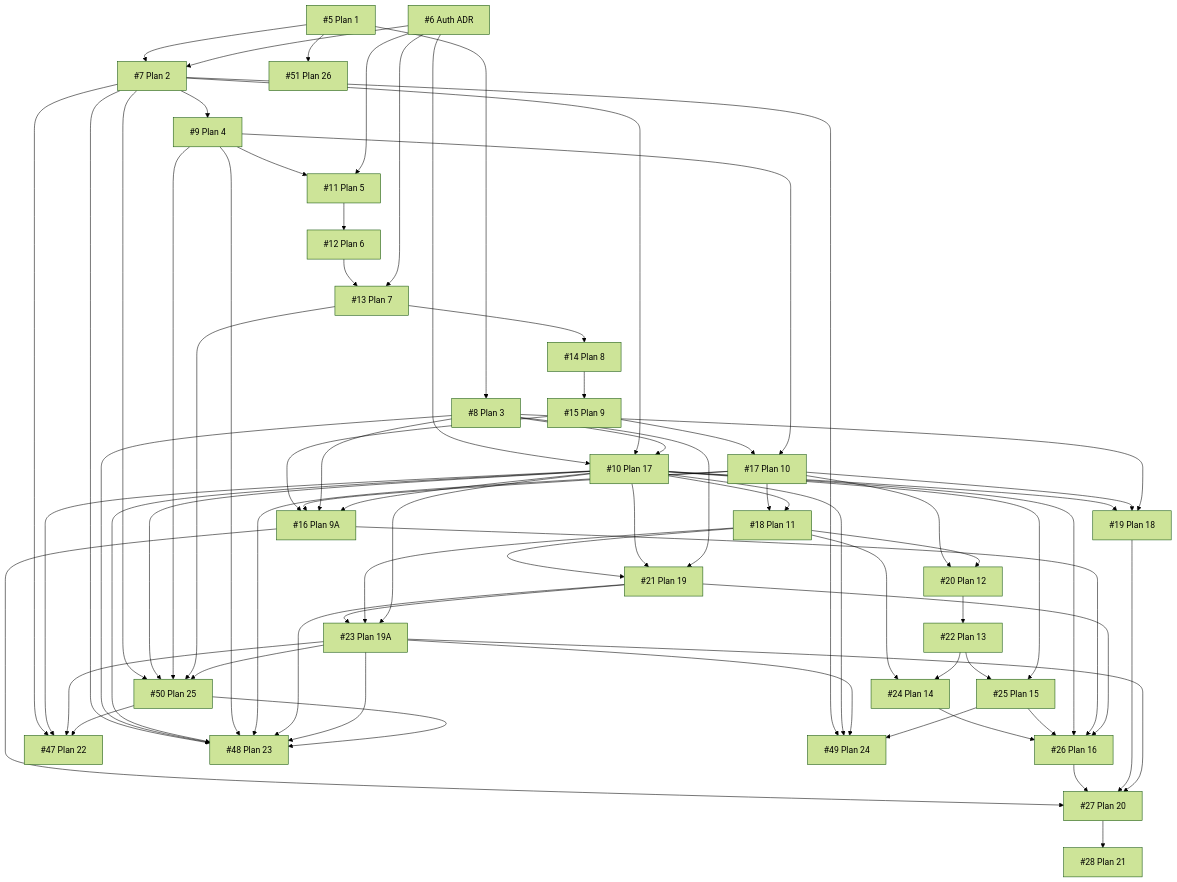
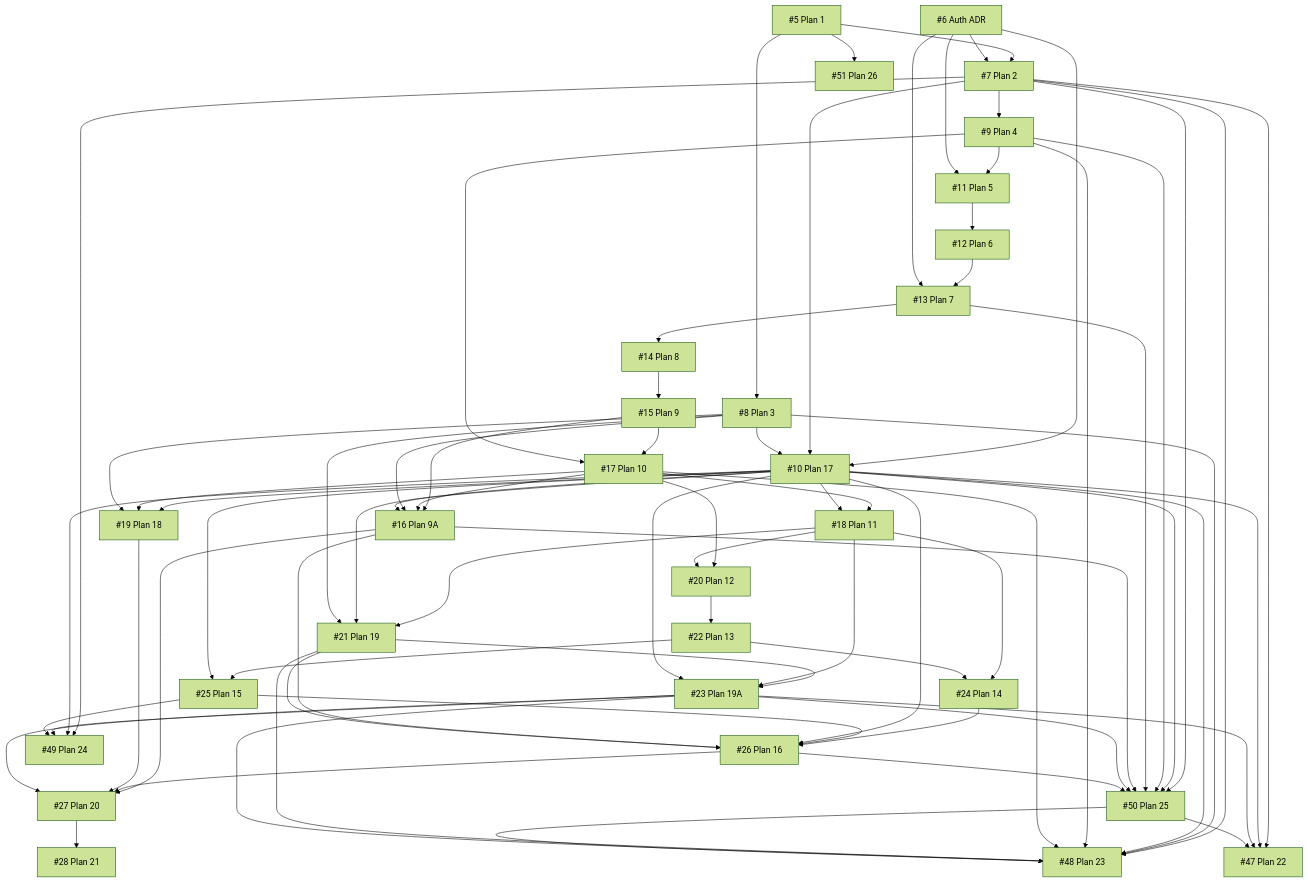
The diagram in docs/INITIAL_ISSUES.md (TomokiAkiyama06/server-sentinel), drawn with Mermaid (forest theme) before and after one commit. The commit also changed other lines of this file, not shown here.

````diff
--- a/docs/INITIAL_ISSUES.md
+++ b/docs/INITIAL_ISSUES.md
@@ -159,6 +159,8 @@
   i10 --> i50
   i9 --> i50
   i13 --> i50
+  i16 --> i50
   i23 --> i50
+  i26 --> i50
   i5 --> i51
 ```
````
